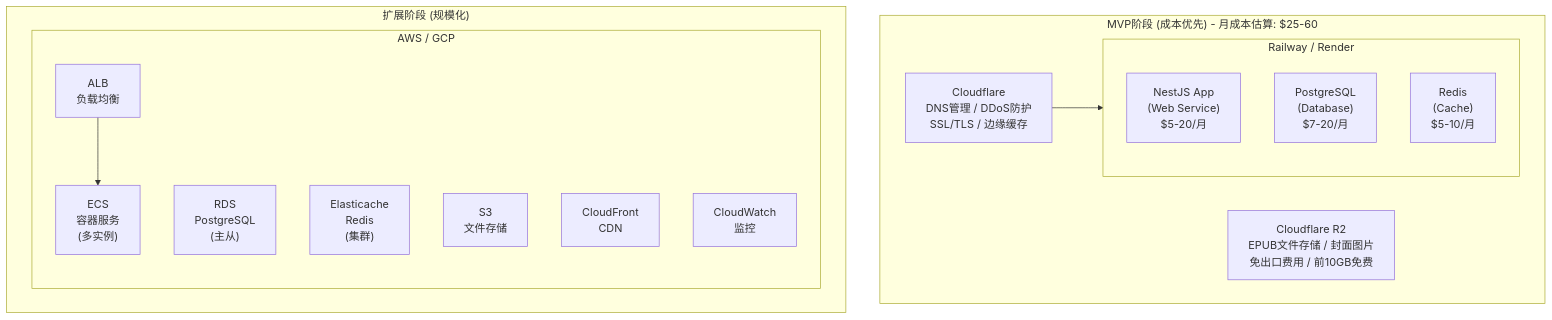
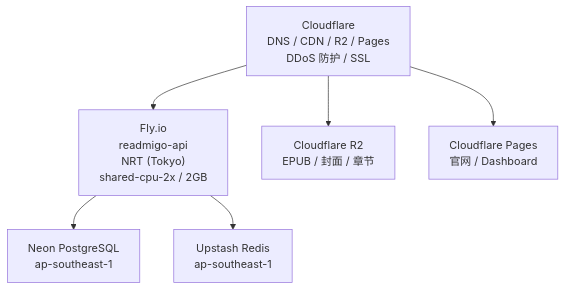
The first of 2 diagrams in 05-operations/infrastructure/infrastructure.md (readmigo/docs), drawn with Mermaid before and after one commit. The commit also changed other lines of this file and 1 other file, not shown here.

````diff
--- a/05-operations/infrastructure/infrastructure.md
+++ b/05-operations/infrastructure/infrastructure.md
@@ -5,26 +9,9 @@
 ```mermaid
 graph TD
-    subgraph MVP["MVP阶段 (成本优先) - 月成本估算: $25-60"]
-        CF["Cloudflare<br>DNS管理 / DDoS防护<br>SSL/TLS / 边缘缓存"]
-        CF --> RAILWAY
-
-        subgraph RAILWAY["Railway / Render"]
-            NEST["NestJS App<br>(Web Service)<br>$5-20/月"]
-            PG["PostgreSQL<br>(Database)<br>$7-20/月"]
-            RD["Redis<br>(Cache)<br>$5-10/月"]
-        end
-
-        R2["Cloudflare R2<br>EPUB文件存储 / 封面图片<br>免出口费用 / 前10GB免费"]
-    end
-
-    subgraph SCALE["扩展阶段 (规模化)"]
-        subgraph AWS["AWS / GCP"]
-            ALB["ALB<br>负载均衡"] --> ECS["ECS<br>容器服务<br>(多实例)"]
-            RDS["RDS<br>PostgreSQL<br>(主从)"]
-            EC["Elasticache<br>Redis<br>(集群)"]
-            S3["S3<br>文件存储"]
-            CFNT["CloudFront<br>CDN"]
-            CW["CloudWatch<br>监控"]
-        end
-    end
+    CF["Cloudflare<br>DNS / CDN / R2 / Pages<br>DDoS 防护 / SSL"]
+    CF --> FLY["Fly.io<br>readmigo-api<br>NRT (Tokyo)<br>shared-cpu-2x / 2GB"]
+    CF --> R2["Cloudflare R2<br>EPUB / 封面 / 章节"]
+    CF --> PAGES["Cloudflare Pages<br>官网 / Dashboard"]
+    FLY --> NEON["Neon PostgreSQL<br>ap-southeast-1"]
+    FLY --> REDIS["Upstash Redis<br>ap-southeast-1"]
 ```
````
